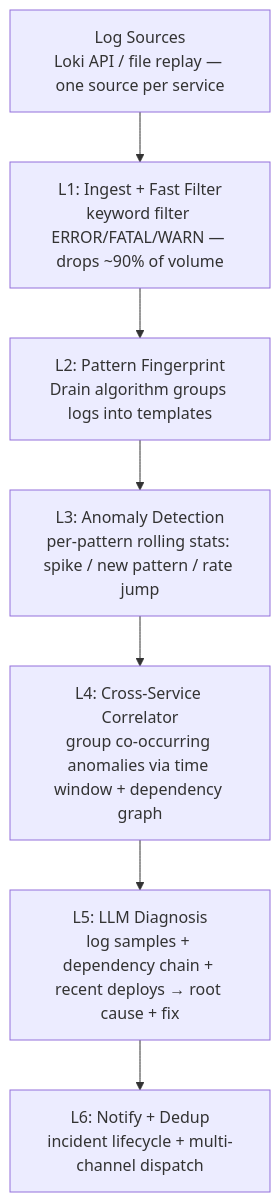
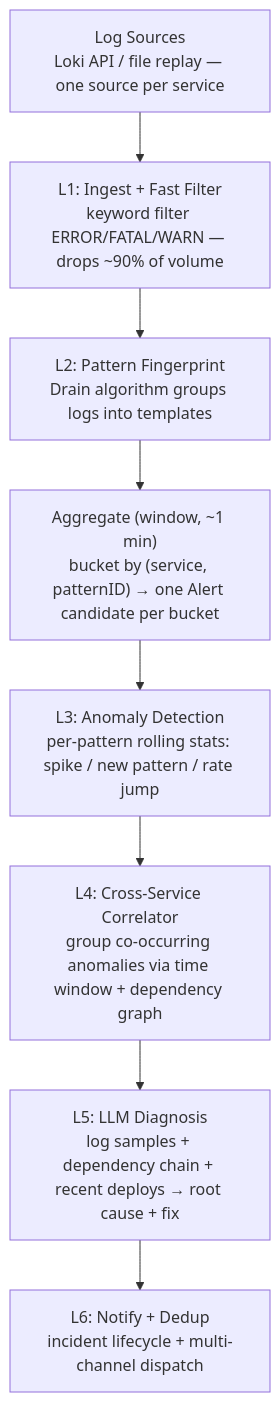
The second of 3 diagrams in DESIGN.md (zhangbiao2009/log_agent), drawn with Mermaid before and after one commit.

Commit message:
docs: add missing Aggregate node between L2 and L3 in layered diagram
The second (L1–L6 layered) flowchart jumped straight from Pattern to
Anomaly, omitting the windowed Aggregator stage that the first diagram
and the §Buffering prose both include. Add it for consistency.

````diff
--- a/DESIGN.md
+++ b/DESIGN.md
@@ -69,10 +69,11 @@
 ```mermaid
 flowchart TD
     S["Log Sources<br/>Loki API / file replay — one source per service"]
     S --> L1["L1: Ingest + Fast Filter<br/>keyword filter ERROR/FATAL/WARN — drops ~90% of volume"]
     L1 --> L2["L2: Pattern Fingerprint<br/>Drain algorithm groups logs into templates"]
-    L2 --> L3["L3: Anomaly Detection<br/>per-pattern rolling stats: spike / new pattern / rate jump"]
+    L2 --> AGG["Aggregate (window, ~1 min)<br/>bucket by (service, patternID) → one Alert candidate per bucket"]
+    AGG --> L3["L3: Anomaly Detection<br/>per-pattern rolling stats: spike / new pattern / rate jump"]
     L3 --> L4["L4: Cross-Service Correlator<br/>group co-occurring anomalies via time window + dependency graph"]
     L4 --> L5["L5: LLM Diagnosis<br/>log samples + dependency chain + recent deploys → root cause + fix"]
     L5 --> L6["L6: Notify + Dedup<br/>incident lifecycle + multi-channel dispatch"]
 ```
````
